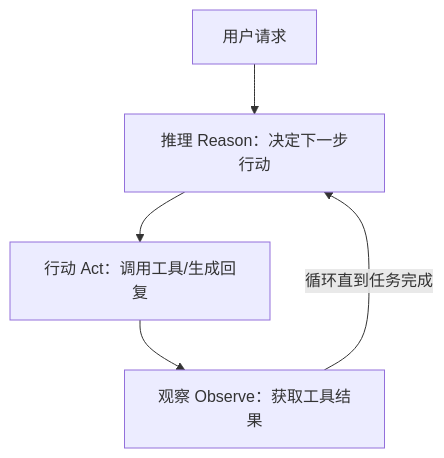
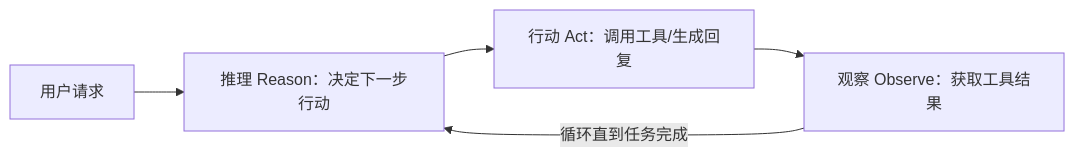
One commit to wonglaitung/splan changed diagram 27 of 32 in 1. 银行大模型本地化落地与AI转型全景规划书.md. Above: the diagram before and after it, drawn with Mermaid. The commit also changed 2 other files, not shown here.

Commit message:
style: 将无方向语义的纵向单列 mermaid 流程改为横向(LR)
- doc5 ReAct 循环图、doc1 ReAct 循环图：flowchart TD/TB -> LR
- full_analysis 硬编码调用链图：外层与 subgraph 均改 LR
- 保留「科技部专属版」中显式标注"从上到下/从下到上"的两张图（方向为语义所需）

````diff
--- a/1. 银行大模型本地化落地与AI转型全景规划书.md
+++ b/1. 银行大模型本地化落地与AI转型全景规划书.md
@@ -1567,7 +1567,7 @@
 ```mermaid
-flowchart TB
+flowchart LR
   U["用户请求"] --> R["推理 Reason：决定下一步行动"]
   R --> A["行动 Act：调用工具/生成回复"]
   A --> O["观察 Observe：获取工具结果"]
   O -->|"循环直到任务完成"| R
 ```
````
